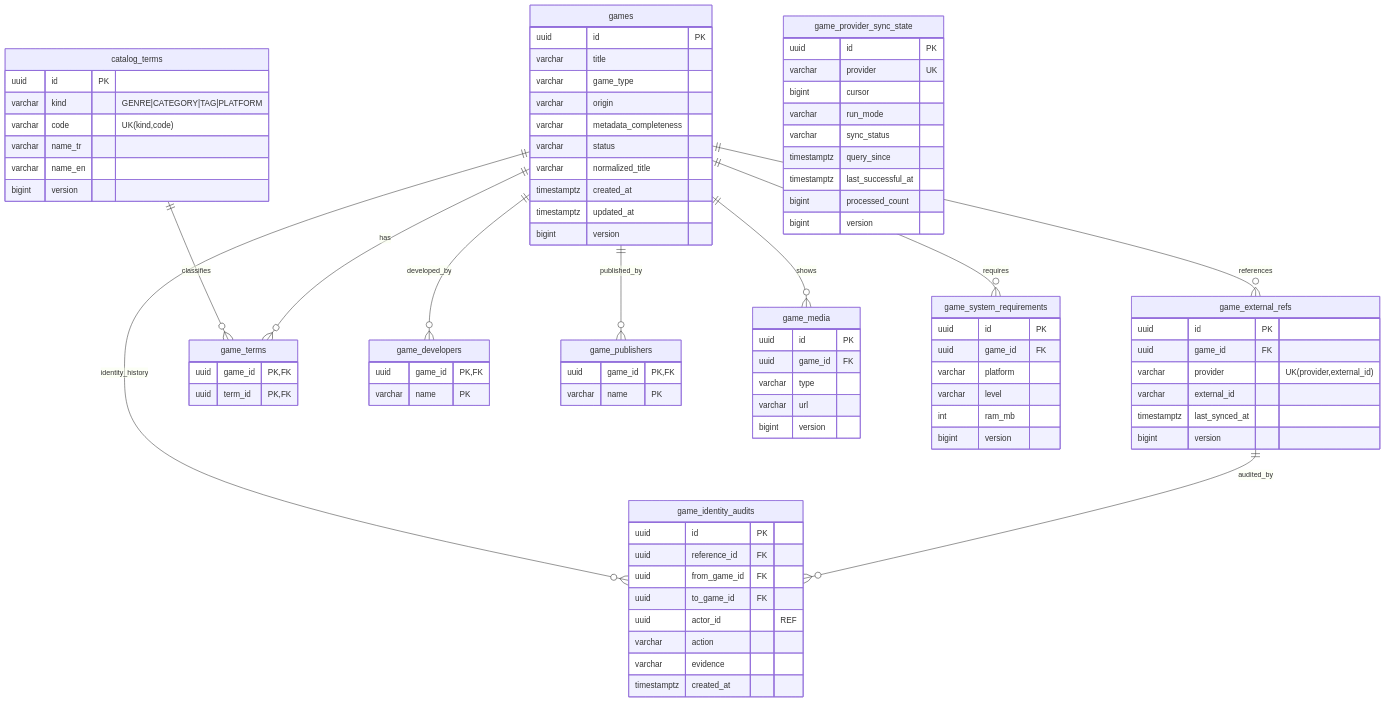
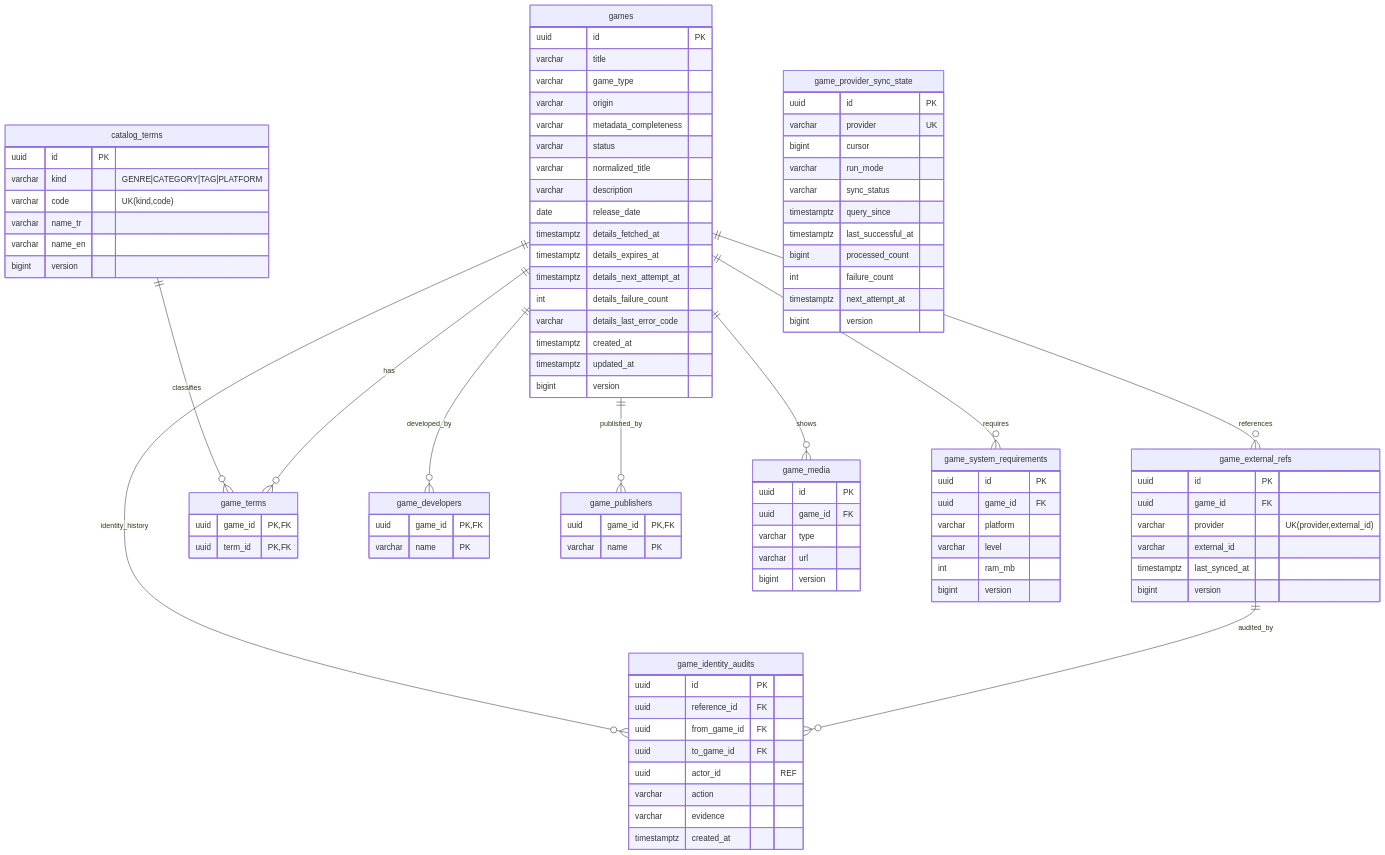
The fifth of 18 diagrams in docs/er-diagram.md (alperrte/lobbytwozero), drawn with Mermaid before and after one commit. The commit also changed 27 other files, not shown here.

```diff
--- a/docs/er-diagram.md
+++ b/docs/er-diagram.md
@@ -264,6 +264,13 @@
     varchar metadata_completeness
     varchar status
     varchar normalized_title
+    varchar description
+    date release_date
+    timestamptz details_fetched_at
+    timestamptz details_expires_at
+    timestamptz details_next_attempt_at
+    int details_failure_count
+    varchar details_last_error_code
     timestamptz created_at
     timestamptz updated_at
     bigint version
@@ -295,6 +302,8 @@
     timestamptz query_since
     timestamptz last_successful_at
     bigint processed_count
+    int failure_count
+    timestamptz next_attempt_at
     bigint version
   }
   catalog_terms {
```
